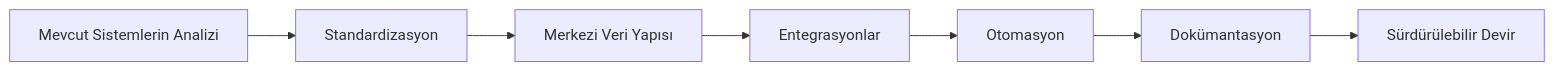
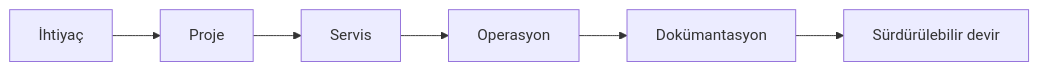
One commit to ieeetechops/ieeetechops changed the diagram in README.md. Above: the diagram before and after it, drawn with Mermaid. The commit also changed other lines of this file and 41 other files, not shown here.

````diff
--- a/README.md
+++ b/README.md
@@ -365,10 +21,8 @@
 ```mermaid
 flowchart LR
-    A[Mevcut Sistemlerin Analizi]
-    --> B[Standardizasyon]
-    --> C[Merkezi Veri Yapısı]
-    --> D[Entegrasyonlar]
-    --> E[Otomasyon]
-    --> F[Dokümantasyon]
-    --> G[Sürdürülebilir Devir]
+    I[İhtiyaç] --> P[Proje]
+    P --> S[Servis]
+    S --> O[Operasyon]
+    O --> D[Dokümantasyon]
+    D --> H[Sürdürülebilir devir]
 ```
````
